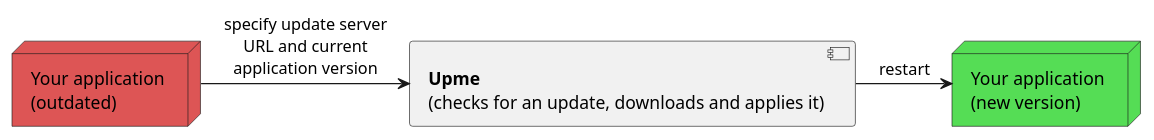
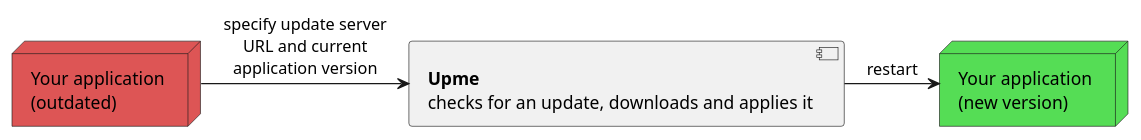
The diagram in docs/c1.puml (olepoeschl/Upme), drawn with PlantUML before and after one commit.

Commit message:
removed parentheses of the upme caption in the overview diagram

```diff
--- a/docs/c1.puml
+++ b/docs/c1.puml
@@ -1,12 +1,12 @@
 @startuml
 skinparam backgroundColor transparent
 'skinparam linetype ortho // orthogonal lines for cleaner routing
 
-component "**Upme**\n(checks for an update, downloads and applies it)" as upme
+component "**Upme**\nchecks for an update, downloads and applies it" as upme
 node "Your application \n(outdated)" as old_app #dd5555
 node "Your application \n(new version)" as new_app #55dd55
 
 old_app -right-> upme: "specify update server\nURL and current\napplication version"
 upme -right-> new_app : "restart"
 
 @enduml
```
